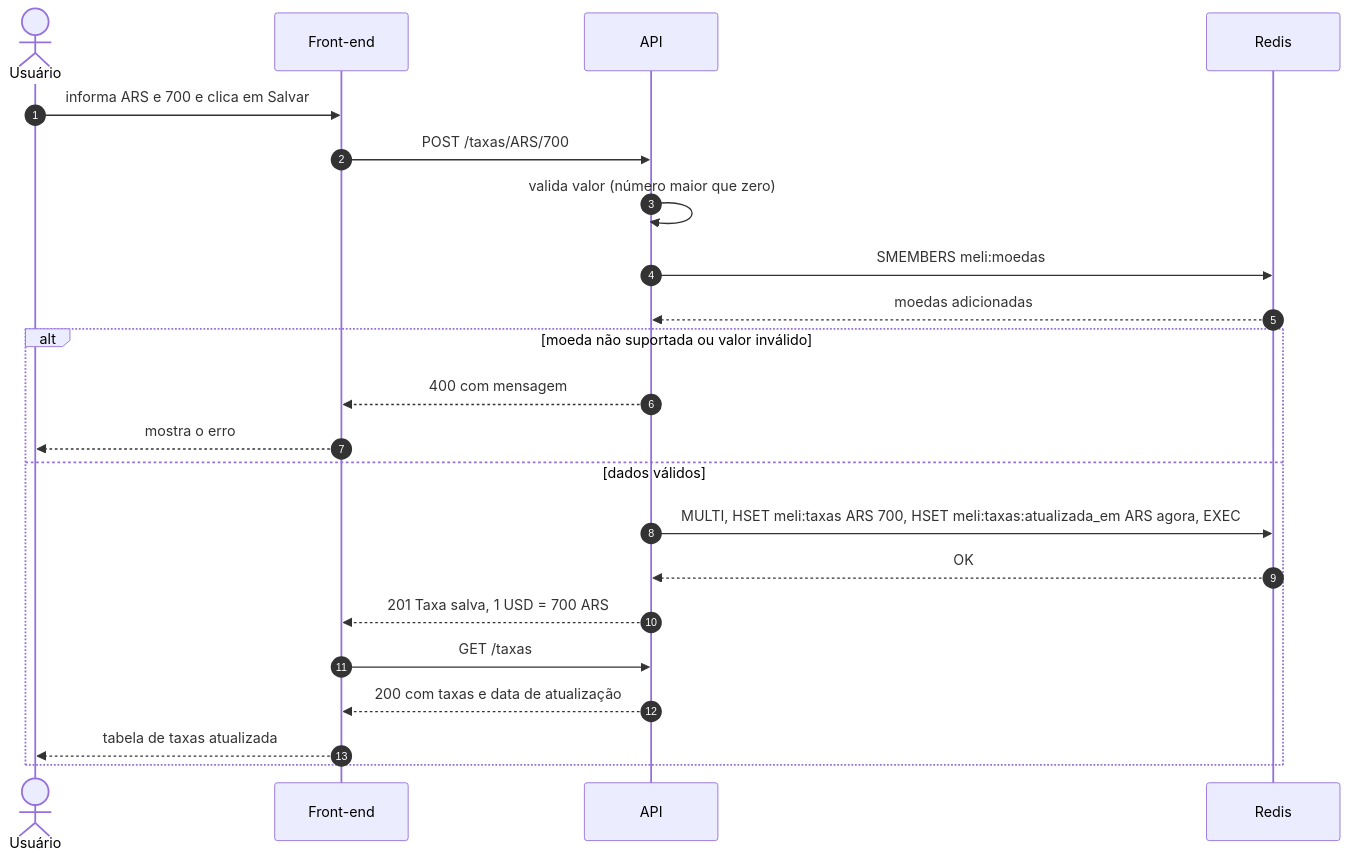
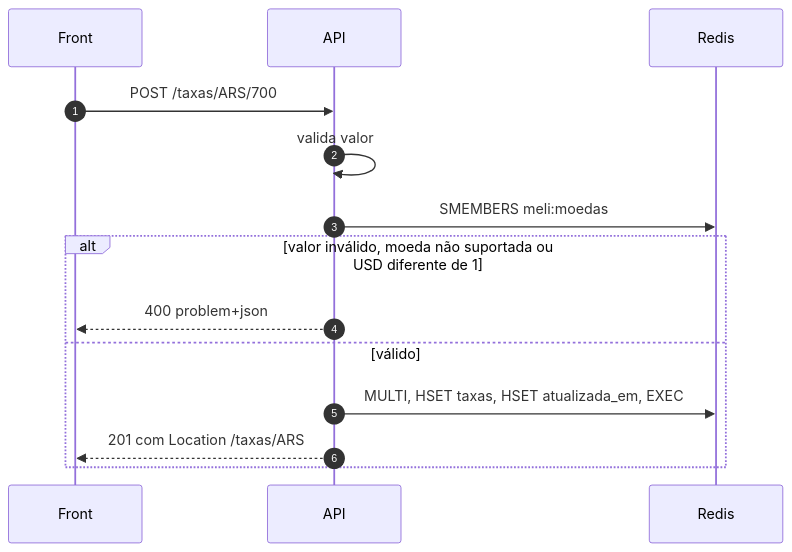
The third of 4 diagrams in docs/system-design.md (marheusmatos/meli-conversor-moeda), drawn with Mermaid before and after one commit. The commit also changed other lines of this file and 38 other files, not shown here.

````diff
--- a/docs/system-design.md
+++ b/docs/system-design.md
@@ -187,25 +98,16 @@
 ```mermaid
 sequenceDiagram
     autonumber
-    actor U as Usuário
-    participant F as Front-end
+    participant F as Front
     participant A as API
     participant R as Redis
-
-    U->>F: informa ARS e 700 e clica em Salvar
     F->>A: POST /taxas/ARS/700
-    A->>A: valida valor (número maior que zero)
+    A->>A: valida valor
     A->>R: SMEMBERS meli:moedas
-    R-->>A: moedas adicionadas
-    alt moeda não suportada ou valor inválido
-        A-->>F: 400 com mensagem
-        F-->>U: mostra o erro
-    else dados válidos
-        A->>R: MULTI, HSET meli:taxas ARS 700, HSET meli:taxas:atualizada_em ARS agora, EXEC
-        R-->>A: OK
-        A-->>F: 201 Taxa salva, 1 USD = 700 ARS
-        F->>A: GET /taxas
-        A-->>F: 200 com taxas e data de atualização
-        F-->>U: tabela de taxas atualizada
+    alt valor inválido, moeda não suportada ou USD diferente de 1
+        A-->>F: 400 problem+json
+    else válido
+        A->>R: MULTI, HSET taxas, HSET atualizada_em, EXEC
+        A-->>F: 201 com Location /taxas/ARS
     end
 ```
````
